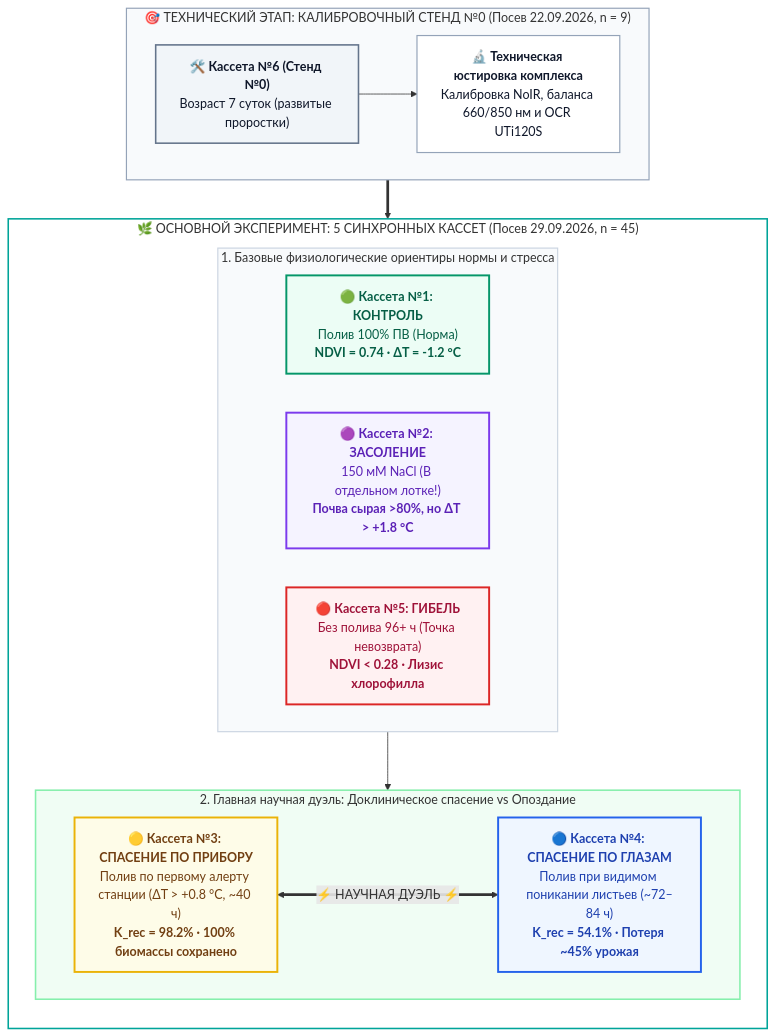
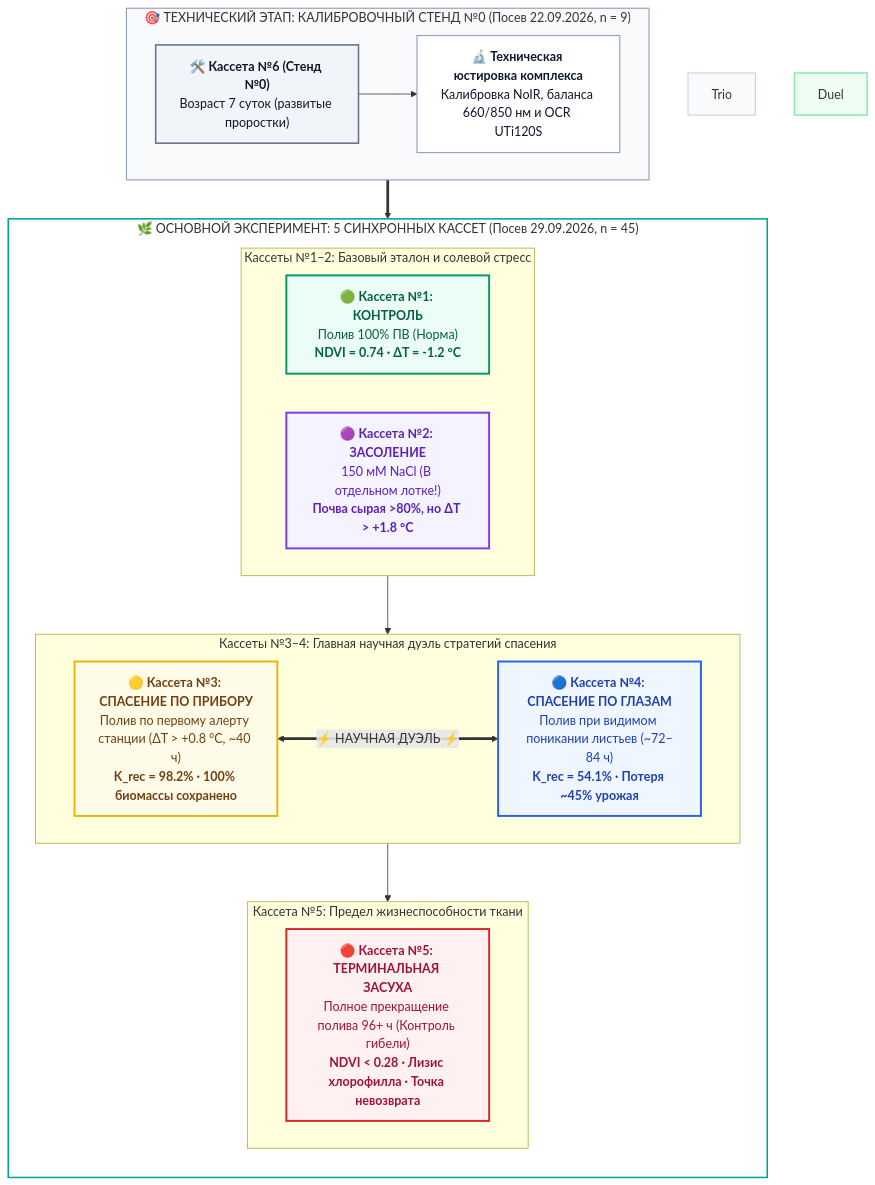
The diagram in README.md (ezicvtumane/plant-stress-ndvi), drawn with Mermaid before and after one commit. The commit also changed 10 other files, not shown here.

````diff
--- a/README.md
+++ b/README.md
@@ -159,41 +159,45 @@
 ```mermaid
 flowchart TD
     subgraph Calib["🎯 ТЕХНИЧЕСКИЙ ЭТАП: КАЛИБРОВОЧНЫЙ СТЕНД №0 (Посев 22.09.2026, n = 9)"]
         direction LR
         C0["🛠️ <b>Кассета №6 (Стенд №0)</b><br/>Возраст 7 суток (развитые проростки)"] --> R0["🔬 <b>Техническая юстировка комплекса</b><br/>Калибровка NoIR, баланса 660/850 нм и OCR UTi120S"]
     end
 
     subgraph S5["🌿 ОСНОВНОЙ ЭКСПЕРИМЕНТ: 5 СИНХРОННЫХ КАССЕТ (Посев 29.09.2026, n = 45)"]
         direction TB
         
-        subgraph Trio["1. Базовые физиологические ориентиры нормы и стресса"]
+        subgraph Row1["Кассеты №1–2: Базовый эталон и солевой стресс"]
             direction LR
             C1["🟢 <b>Кассета №1: КОНТРОЛЬ</b><br/>Полив 100% ПВ (Норма)<br/><b>NDVI = 0.74 · ΔT = -1.2 °C</b>"]
             C2["🟣 <b>Кассета №2: ЗАСОЛЕНИЕ</b><br/>150 мМ NaCl (В отдельном лотке!)<br/><b>Почва сырая >80%, но ΔT > +1.8 °C</b>"]
-            C5["🔴 <b>Кассета №5: ГИБЕЛЬ</b><br/>Без полива 96+ ч (Точка невозврата)<br/><b>NDVI < 0.28 · Лизис хлорофилла</b>"]
         end
 
-        subgraph Duel["2. Главная научная дуэль: Доклиническое спасение vs Опоздание"]
+        subgraph Row2["Кассеты №3–4: Главная научная дуэль стратегий спасения"]
             direction LR
             C3["🟡 <b>Кассета №3: СПАСЕНИЕ ПО ПРИБОРУ</b><br/>Полив по первому алерту станции (ΔT > +0.8 °C, ~40 ч)<br/><b>K_rec = 98.2% · 100% биомассы сохранено</b>"]
             C4["🔵 <b>Кассета №4: СПАСЕНИЕ ПО ГЛАЗАМ</b><br/>Полив при видимом поникании листьев (~72–84 ч)<br/><b>K_rec = 54.1% · Потеря ~45% урожая</b>"]
             C3 <==>|⚡ НАУЧНАЯ ДУЭЛЬ ⚡| C4
         end
+
+        subgraph Row3["Кассета №5: Предел жизнеспособности ткани"]
+            direction LR
+            C5["🔴 <b>Кассета №5: ТЕРМИНАЛЬНАЯ ЗАСУХА</b><br/>Полное прекращение полива 96+ ч (Контроль гибели)<br/><b>NDVI < 0.28 · Лизис хлорофилла · Точка невозврата</b>"]
+        end
         
-        Trio --> Duel
+        Row1 --> Row2 --> Row3
     end
 
     Calib ==> S5
 
     style C0 fill:#f1f5f9,stroke:#64748b,stroke-width:2px,color:#0f172a
     style R0 fill:#ffffff,stroke:#94a3b8,stroke-width:1.5px,color:#0f172a
     style C1 fill:#ecfdf5,stroke:#059669,stroke-width:2.5px,color:#065f46
     style C2 fill:#f5f3ff,stroke:#7c3aed,stroke-width:2.5px,color:#5b21b6
     style C5 fill:#fff1f2,stroke:#dc2626,stroke-width:2.5px,color:#9f1239
     style C3 fill:#fefce8,stroke:#eab308,stroke-width:2.5px,color:#713f12
     style C4 fill:#eff6ff,stroke:#2563eb,stroke-width:2.5px,color:#1e40af
     style Calib fill:#f8fafc,stroke:#94a3b8,stroke-width:1.5px
     style S5 fill:#ffffff,stroke:#00a499,stroke-width:2px
     style Trio fill:#f8fafc,stroke:#cbd5e1,stroke-width:1.5px
     style Duel fill:#f0fdf4,stroke:#86efac,stroke-width:2px
 ```
````
